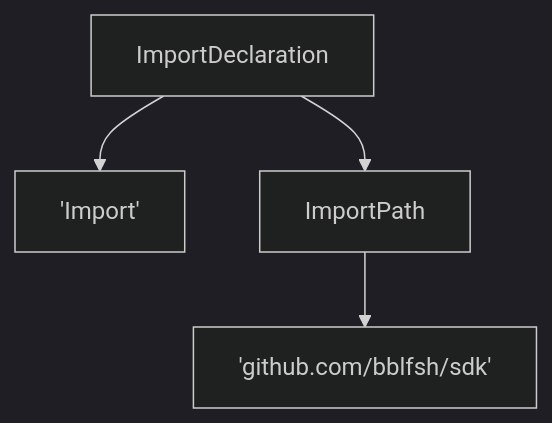
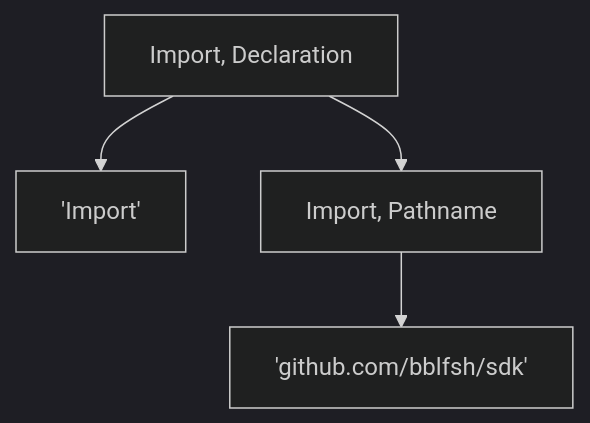
Before and after one commit to bblfsh/documentation: the first of 2 diagrams in uast/specification.md, drawn with Mermaid (dark theme). The commit also changed other lines of this file, not shown here.

````diff
--- a/uast/specification.md
+++ b/uast/specification.md
@@ -105,6 +105,12 @@
 ```mermaid
 graph TD
-    ImportDeclaration-->ImportDeclarationToken["'Import'"]
-    ImportDeclaration-->ImportPath
-    ImportPath-->ImportPathToken["'github.com/bblfsh/sdk'"]
+
+    IQimportDeclaration["Import, Declaration"]
+    IQimportDeclarationToken["'Import'"]
+    IQimportPath["Import, Pathname"]
+    IQimportPathToken["'github.com/bblfsh/sdk'"]
+
+    IQimportDeclaration-->IQimportDeclarationToken
+    IQimportDeclaration-->IQimportPath
+    IQimportPath -->IQimportPathToken
 ```
````
